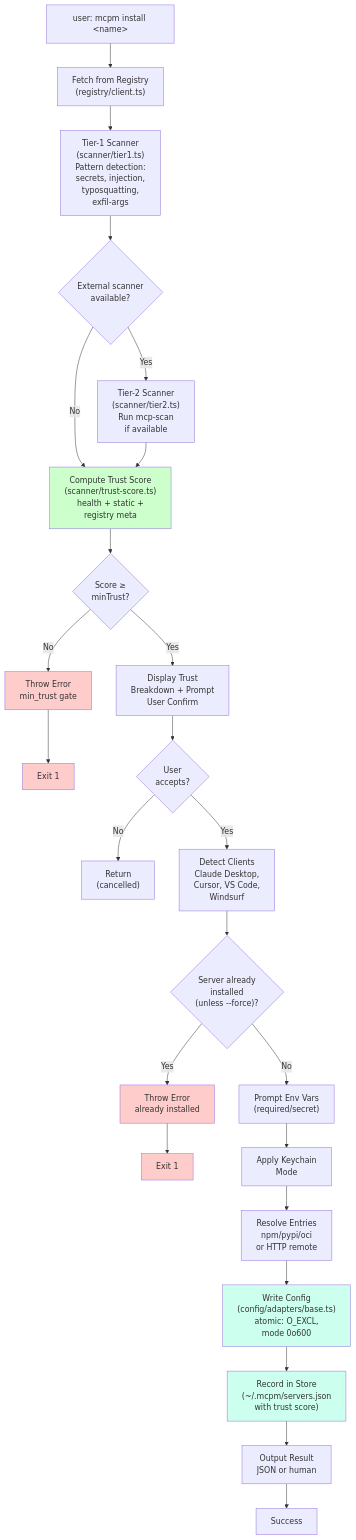
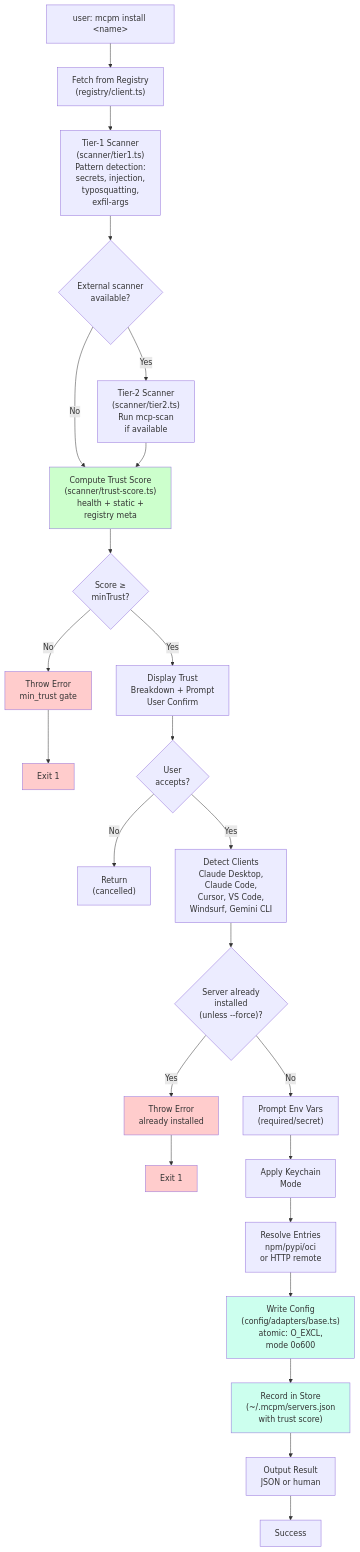
Before and after one commit to getmcpm/cli: the first of 3 diagrams in docs/ARCHITECTURE.md, drawn with Mermaid. The commit also changed other lines of this file and 9 other files, not shown here.

````diff
--- a/docs/ARCHITECTURE.md
+++ b/docs/ARCHITECTURE.md
@@ -162,35 +166,35 @@
 ```mermaid
 flowchart TD
 Start["user: mcpm install &lt;name&gt;"]
 Start --> GetServer["Fetch from Registry<br/>(registry/client.ts)"]
 GetServer --> Tier1["Tier-1 Scanner<br/>(scanner/tier1.ts)<br/>Pattern detection:<br/>secrets, injection,<br/>typosquatting,<br/>exfil-args"]
 Tier1 --> CheckExt{"External scanner<br/>available?"}
 CheckExt -->|No| Trust["Compute Trust Score<br/>(scanner/trust-score.ts)<br/>health + static +<br/>registry meta"]
 CheckExt -->|Yes| Tier2["Tier-2 Scanner<br/>(scanner/tier2.ts)<br/>Run mcp-scan<br/>if available"]
 Tier2 --> Trust
 Trust --> CheckMinTrust{"Score ≥<br/>minTrust?"}
 CheckMinTrust -->|No| Fail["Throw Error<br/>min_trust gate"]
 Fail --> End1["Exit 1"]
 CheckMinTrust -->|Yes| Prompt["Display Trust<br/>Breakdown + Prompt<br/>User Confirm"]
 Prompt --> UserReject{"User<br/>accepts?"}
 UserReject -->|No| End2["Return<br/>(cancelled)"]
-UserReject -->|Yes| Detect["Detect Clients<br/>Claude Desktop,<br/>Cursor, VS Code,<br/>Windsurf"]
+UserReject -->|Yes| Detect["Detect Clients<br/>Claude Desktop,<br/>Claude Code,<br/>Cursor, VS Code,<br/>Windsurf, Gemini CLI"]
 Detect --> CheckExisting{"Server already<br/>installed<br/>(unless --force)?"}
 CheckExisting -->|Yes| FailExisting["Throw Error<br/>already installed"]
 FailExisting --> End3["Exit 1"]
 CheckExisting -->|No| PromptEnv["Prompt Env Vars<br/>(required/secret)"]
 PromptEnv --> ApplyKeychain["Apply Keychain<br/>Mode"]
 ApplyKeychain --> ResolveEntries["Resolve Entries<br/>npm/pypi/oci<br/>or HTTP remote"]
 ResolveEntries --> WriteConfig["Write Config<br/>(config/adapters/base.ts)<br/>atomic: O_EXCL,<br/>mode 0o600"]
 WriteConfig --> Store["Record in Store<br/>(~/.mcpm/servers.json<br/>with trust score)"]
 Store --> Output["Output Result<br/>JSON or human"]
 Output --> End4["Success"]
 
 style Fail fill:#ffcccc
 style End1 fill:#ffcccc
 style FailExisting fill:#ffcccc
 style End3 fill:#ffcccc
 style Trust fill:#ccffcc
 style WriteConfig fill:#ccffee
 style Store fill:#ccffee
 ```
````
